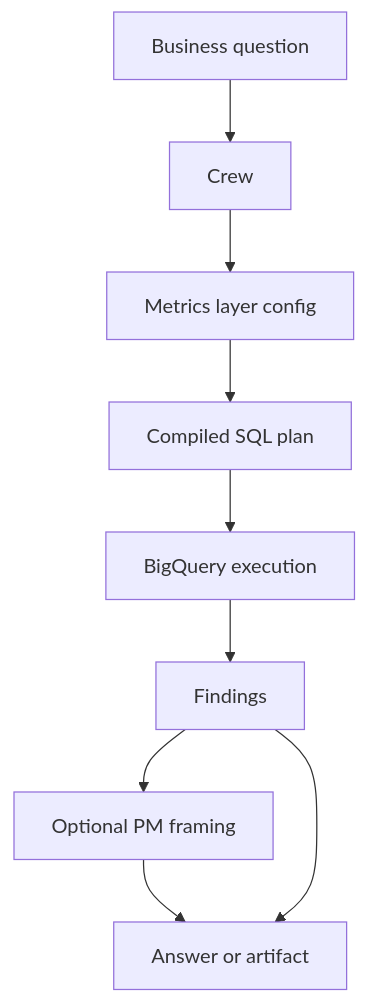
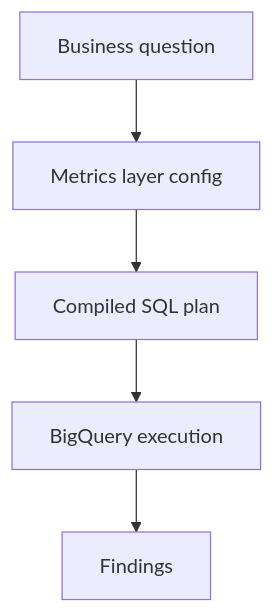
Before and after one commit to imsid/crew: the second of 2 diagrams in docs/product.md, drawn with Mermaid. The commit also changed other lines of this file and 3 other files, not shown here.

````diff
--- a/docs/product.md
+++ b/docs/product.md
@@ -68,11 +116,7 @@
 ```mermaid
 flowchart TD
-    Q["Business question"] --> C["Crew"]
-    C --> ML["Metrics layer config"]
-    ML --> SQL["Compiled SQL plan"]
+    Q["Business question"] --> M["Metrics layer config"]
+    M --> SQL["Compiled SQL plan"]
     SQL --> BQ["BigQuery execution"]
     BQ --> F["Findings"]
-    F --> PM["Optional PM framing"]
-    PM --> R["Answer or artifact"]
-    F --> R
 ```
````
